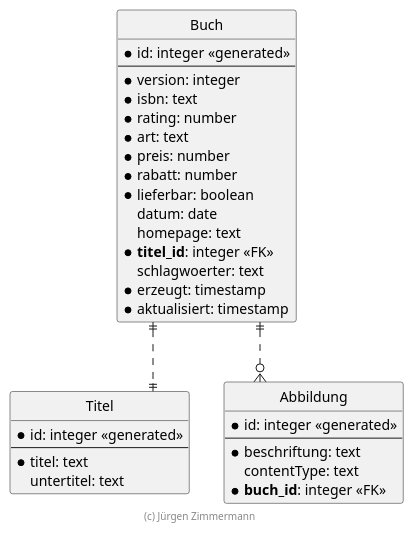
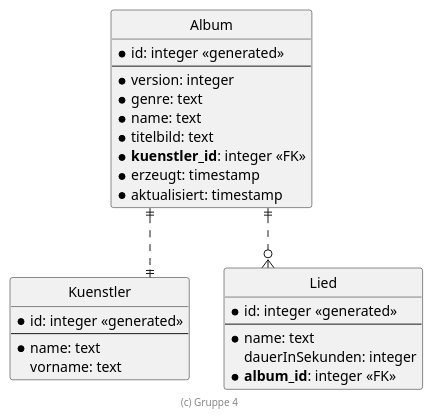
The diagram in .extras/doc/projekthandbuch/ER-Diagramm.plantuml (universalmensch/swe_album), drawn with PlantUML before and after one commit. The commit also changed 15 other files, not shown here.

Commit message:
UML/Validierung

```diff
--- a/.extras/doc/projekthandbuch/ER-Diagramm.plantuml
+++ b/.extras/doc/projekthandbuch/ER-Diagramm.plantuml
@@ -3,47 +3,41 @@
 @startuml ER Diagramm
 
 ' hide the spot
 hide circle
 
 ' evtl. Prbleme mit Kraehenfuessen vermeiden
 skinparam linetype ortho
 
-entity "Buch" {
+entity "Album" {
   * id: integer <<generated>>
   --
   * version: integer
-  * isbn: text
-  * rating: number
-  * art: text
-  * preis: number
-  * rabatt: number
-  * lieferbar: boolean
-    datum: date
-    homepage: text
-  * **titel_id**: integer <<FK>>
-    schlagwoerter: text
+  * genre: text
+  * name: text
+  * titelbild: text
+  * **kuenstler_id**: integer <<FK>>
   * erzeugt: timestamp
   * aktualisiert: timestamp
 }
 
-entity "Titel" {
+entity "Kuenstler" {
   * id: integer <<generated>>
   --
-  * titel: text
-    untertitel: text
+  * name: text
+    vorname: text
 }
 
-entity "Abbildung" {
+entity "Lied" {
   * id: integer <<generated>>
   --
-  * beschriftung: text
-    contentType: text
-  * **buch_id**: integer <<FK>>
+  * name: text
+    dauerInSekunden: integer
+  * **album_id**: integer <<FK>>
 }
 
-Buch ||..|| Titel
-Buch ||..o{ Abbildung
+Album ||..|| Kuenstler
+Album ||..o{ Lied
 
-footer (c) Jürgen Zimmermann
+footer (c) Gruppe 4
 
 @enduml
```
